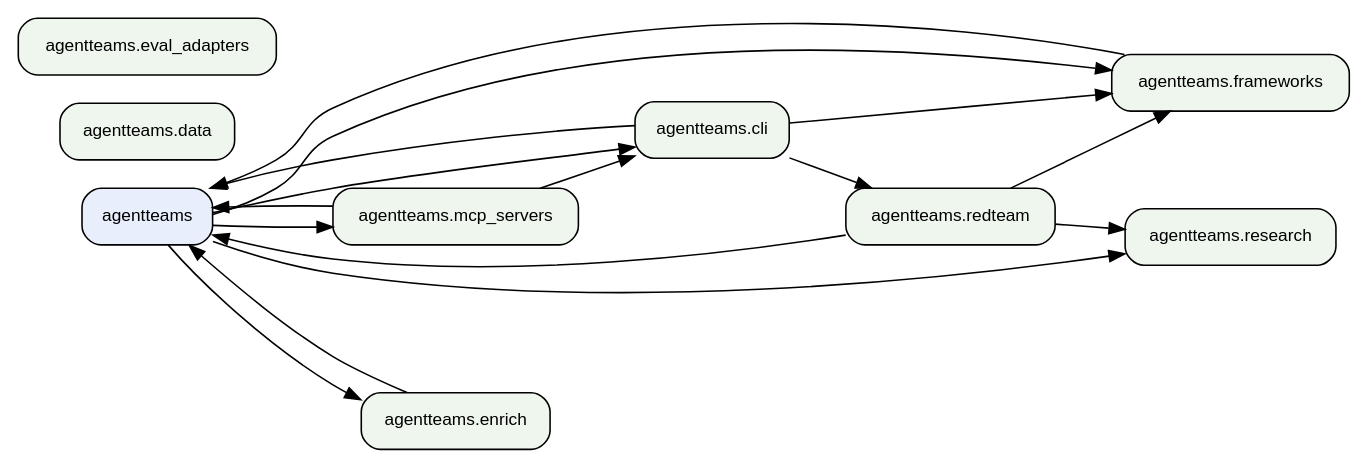
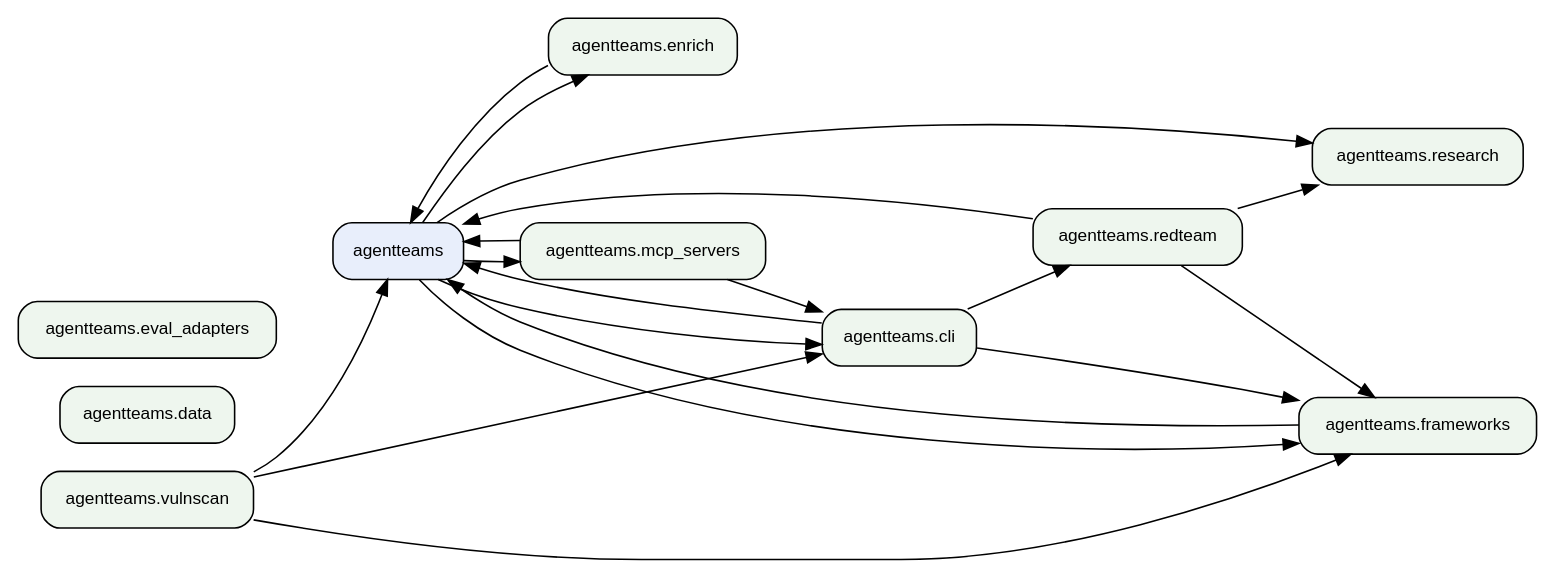
One commit to jlcatonjr/agentteams changed the second of 2 diagrams in references/architecture-graph.md. Above: the diagram before and after it, drawn with Graphviz. The commit also changed other lines of this file and 100 other files, not shown here.

````diff
--- a/references/architecture-graph.md
+++ b/references/architecture-graph.md
@@ -373,31 +407,35 @@
 ```dot
 digraph "agentteams architecture" {
     rankdir=LR;
     node [fontname="Helvetica", fontsize=11, shape=box, style="rounded,filled", fillcolor="#eef6ee"];
     edge [fontsize=9];
     "agentteams" [fillcolor="#e8eefb"];
     "agentteams.cli" [fillcolor="#eef6ee"];
     "agentteams.data" [fillcolor="#eef6ee"];
     "agentteams.enrich" [fillcolor="#eef6ee"];
     "agentteams.eval_adapters" [fillcolor="#eef6ee"];
     "agentteams.frameworks" [fillcolor="#eef6ee"];
     "agentteams.mcp_servers" [fillcolor="#eef6ee"];
     "agentteams.redteam" [fillcolor="#eef6ee"];
     "agentteams.research" [fillcolor="#eef6ee"];
+    "agentteams.vulnscan" [fillcolor="#eef6ee"];
     "agentteams" -> "agentteams.cli";
     "agentteams" -> "agentteams.enrich";
     "agentteams" -> "agentteams.frameworks";
     "agentteams" -> "agentteams.mcp_servers";
     "agentteams" -> "agentteams.research";
     "agentteams.cli" -> "agentteams";
     "agentteams.cli" -> "agentteams.frameworks";
     "agentteams.cli" -> "agentteams.redteam";
     "agentteams.enrich" -> "agentteams";
     "agentteams.frameworks" -> "agentteams";
     "agentteams.mcp_servers" -> "agentteams";
     "agentteams.mcp_servers" -> "agentteams.cli";
     "agentteams.redteam" -> "agentteams";
     "agentteams.redteam" -> "agentteams.frameworks";
     "agentteams.redteam" -> "agentteams.research";
+    "agentteams.vulnscan" -> "agentteams";
+    "agentteams.vulnscan" -> "agentteams.cli";
+    "agentteams.vulnscan" -> "agentteams.frameworks";
 }
 ```
````
